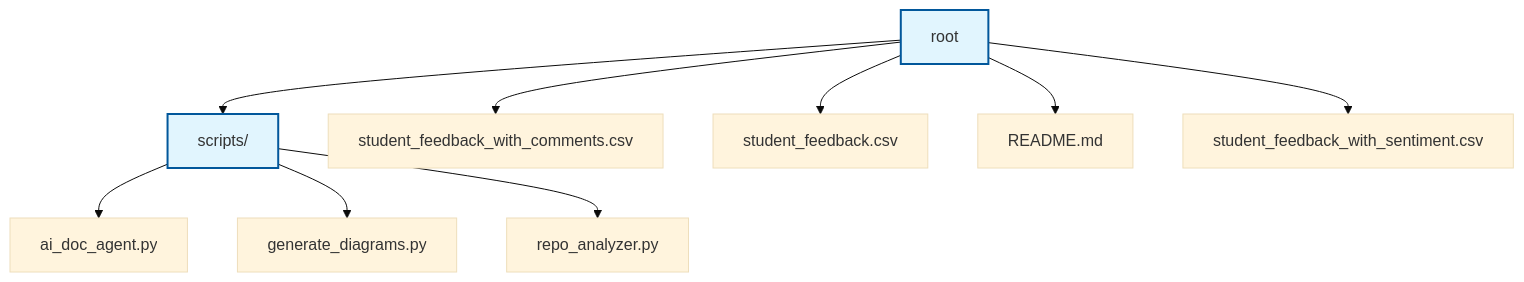
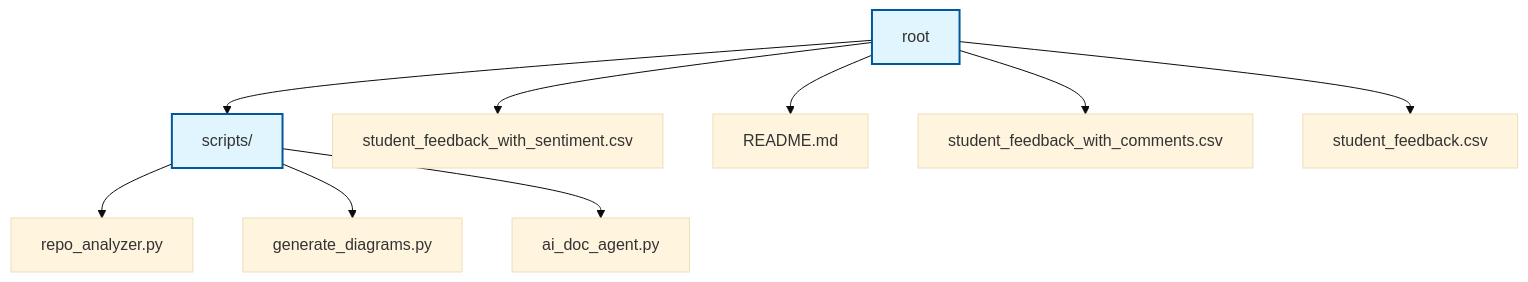
One commit to NITISH-R-G/FUTURE_DS_03 changed the diagram in README.md. Above: the diagram before and after it, drawn with Mermaid (base theme).

Commit message:
docs: auto-update repository documentation and diagrams

````diff
--- a/README.md
+++ b/README.md
@@ -47,29 +47,29 @@
 ```mermaid
 graph TD
     node0["root"]:::folder
     node1["scripts/"]:::folder
     node0 --> node1
-    node2["student_feedback_with_comments.csv"]
+    node2["student_feedback_with_sentiment.csv"]
     node0 --> node2
-    node3["student_feedback.csv"]
+    node3["README.md"]
     node0 --> node3
-    node4["README.md"]
+    node4["student_feedback_with_comments.csv"]
     node0 --> node4
-    node5["student_feedback_with_sentiment.csv"]
+    node5["student_feedback.csv"]
     node0 --> node5
-    node6["ai_doc_agent.py"]
+    node6["repo_analyzer.py"]
     node1 --> node6
     node7["generate_diagrams.py"]
     node1 --> node7
-    node8["repo_analyzer.py"]
+    node8["ai_doc_agent.py"]
     node1 --> node8
     classDef folder fill:#e1f5fe,stroke:#01579b,stroke-width:2px;
     click node1 "scripts" "View scripts"
-    click node2 "student_feedback_with_comments.csv" "View student_feedback_with_comments.csv"
-    click node3 "student_feedback.csv" "View student_feedback.csv"
-    click node4 "README.md" "View README.md"
-    click node5 "student_feedback_with_sentiment.csv" "View student_feedback_with_sentiment.csv"
-    click node6 "scripts/ai_doc_agent.py" "View ai_doc_agent.py"
+    click node2 "student_feedback_with_sentiment.csv" "View student_feedback_with_sentiment.csv"
+    click node3 "README.md" "View README.md"
+    click node4 "student_feedback_with_comments.csv" "View student_feedback_with_comments.csv"
+    click node5 "student_feedback.csv" "View student_feedback.csv"
+    click node6 "scripts/repo_analyzer.py" "View repo_analyzer.py"
     click node7 "scripts/generate_diagrams.py" "View generate_diagrams.py"
-    click node8 "scripts/repo_analyzer.py" "View repo_analyzer.py"
+    click node8 "scripts/ai_doc_agent.py" "View ai_doc_agent.py"
 ```
````
